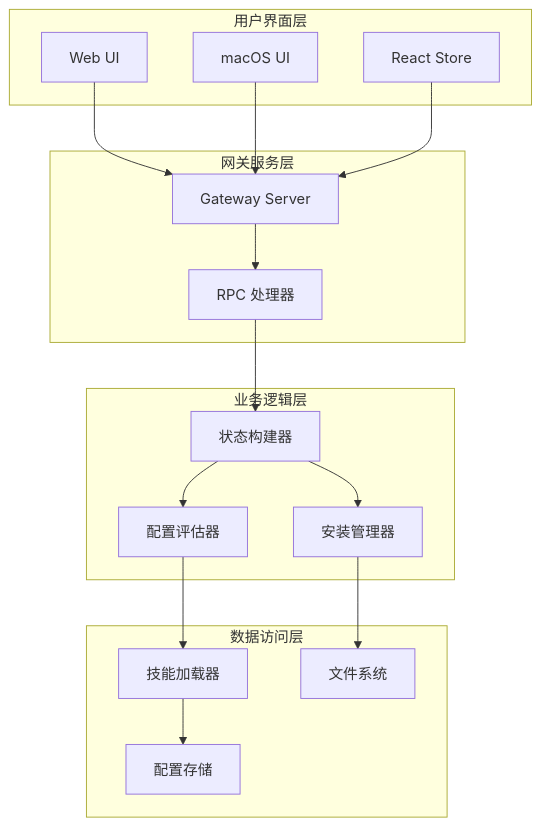
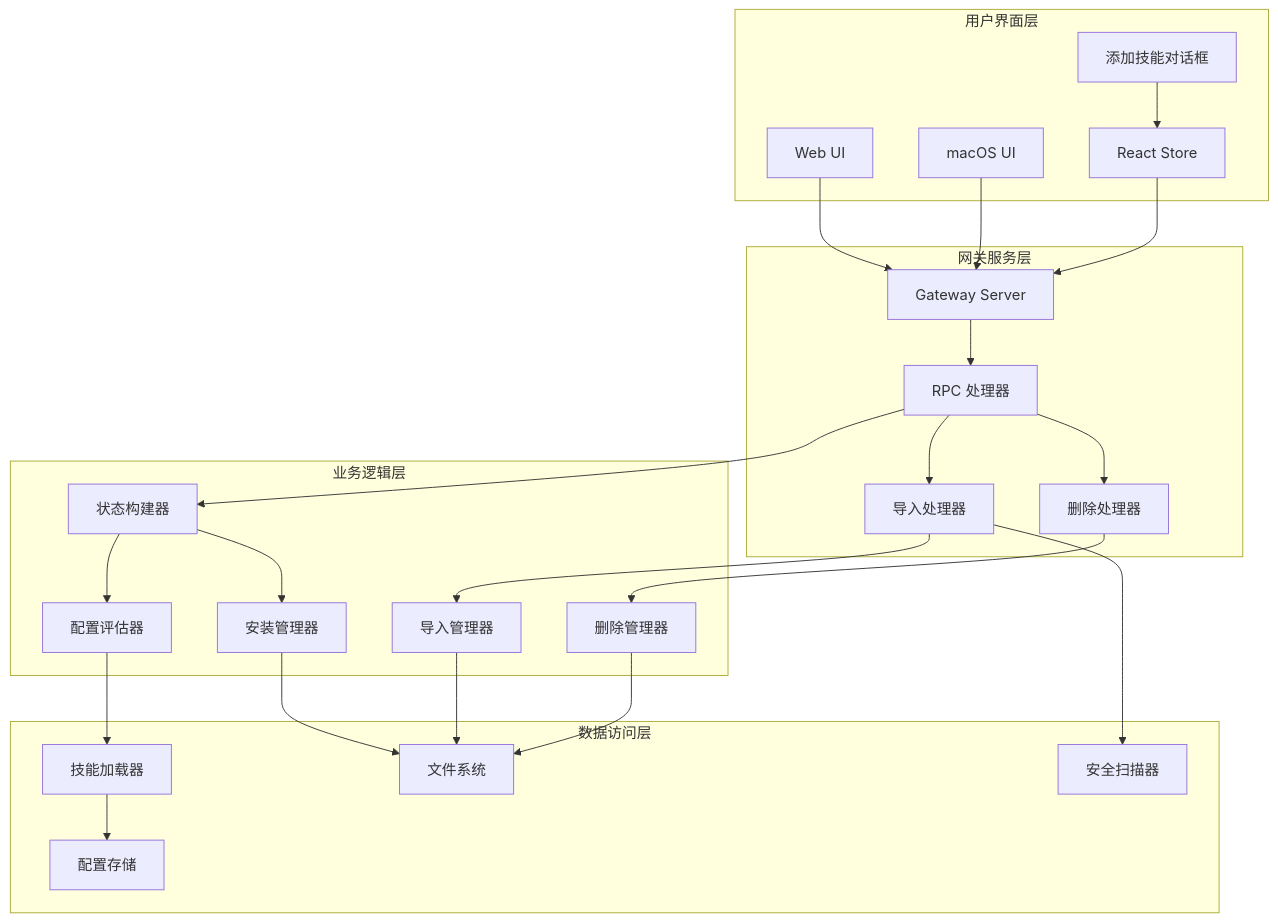
The fourth of 12 diagrams in .qoder/repowiki/zh/content/Web界面/UI组件系统/技能状态管理.md (verse-ai-org/openclaw), drawn with Mermaid before and after one commit. The commit also changed other lines of this file and 33 other files, not shown here.

````diff
--- a/.qoder/repowiki/zh/content/Web界面/UI组件系统/技能状态管理.md
+++ b/.qoder/repowiki/zh/content/Web界面/UI组件系统/技能状态管理.md
@@ -175,32 +218,46 @@
 ```mermaid
 graph TB
 subgraph "用户界面层"
 UI_WEB[Web UI]
 UI_MAC[macOS UI]
 UI_REACT[React Store]
+ADD_DIALOG[添加技能对话框]
 end
 subgraph "网关服务层"
 GW_SERVER[Gateway Server]
 RPC_HANDLERS[RPC 处理器]
+IMPORT_HANDLER[导入处理器]
+REMOVE_HANDLER[删除处理器]
 end
 subgraph "业务逻辑层"
 STATUS_BUILDER[状态构建器]
 CONFIG_EVAL[配置评估器]
 INSTALL_MANAGER[安装管理器]
+IMPORT_MANAGER[导入管理器]
+REMOVE_MANAGER[删除管理器]
 end
 subgraph "数据访问层"
 SKILL_LOADER[技能加载器]
 FILE_SYSTEM[文件系统]
 CONFIG_STORE[配置存储]
+SECURITY_SCAN[安全扫描器]
 end
 UI_WEB --> GW_SERVER
 UI_MAC --> GW_SERVER
 UI_REACT --> GW_SERVER
+ADD_DIALOG --> UI_REACT
 GW_SERVER --> RPC_HANDLERS
+RPC_HANDLERS --> IMPORT_HANDLER
+RPC_HANDLERS --> REMOVE_HANDLER
 RPC_HANDLERS --> STATUS_BUILDER
 STATUS_BUILDER --> CONFIG_EVAL
 STATUS_BUILDER --> INSTALL_MANAGER
+IMPORT_HANDLER --> IMPORT_MANAGER
+IMPORT_HANDLER --> SECURITY_SCAN
+REMOVE_HANDLER --> REMOVE_MANAGER
 CONFIG_EVAL --> SKILL_LOADER
 INSTALL_MANAGER --> FILE_SYSTEM
+IMPORT_MANAGER --> FILE_SYSTEM
+REMOVE_MANAGER --> FILE_SYSTEM
 SKILL_LOADER --> CONFIG_STORE
 ```
````
